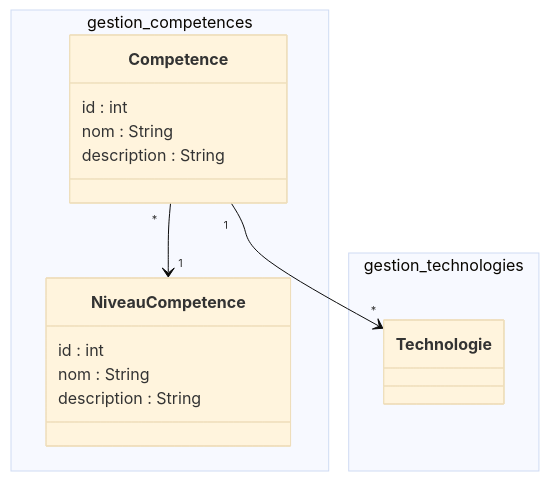
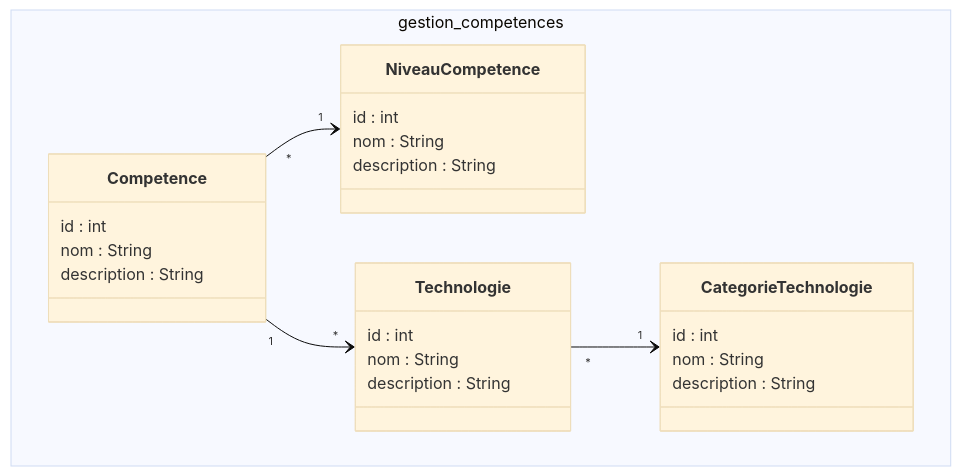
Before and after one commit to zaani12/prototype: the diagram in modélisation/pkg_competences/classes_pkg_competences.mmd, drawn with Mermaid (base theme). The commit also changed other lines of this file and 34 other files, not shown here.

```diff
--- a/modélisation/pkg_competences/classes_pkg_competences.mmd
+++ b/modélisation/pkg_competences/classes_pkg_competences.mmd
@@ -1,24 +1,29 @@
 classDiagram
 
 namespace gestion_competences {
 class Competence {
   id : int
   nom : String
   description : String
 }
 class NiveauCompetence {
   id : int
   nom : String
   description : String
 }
+class Technologie {
+  id : int
+  nom : String
+  description : String
 }
 
-
-
-
-namespace gestion_technologies {
-class Technologie
+class CategorieTechnologie {
+  id : int
+  nom : String
+  description : String
+}
 }
 
 Competence "*" --> "1" NiveauCompetence
 Competence "1" --> "*" Technologie 
+Technologie "*" --> "1" CategorieTechnologie
```
